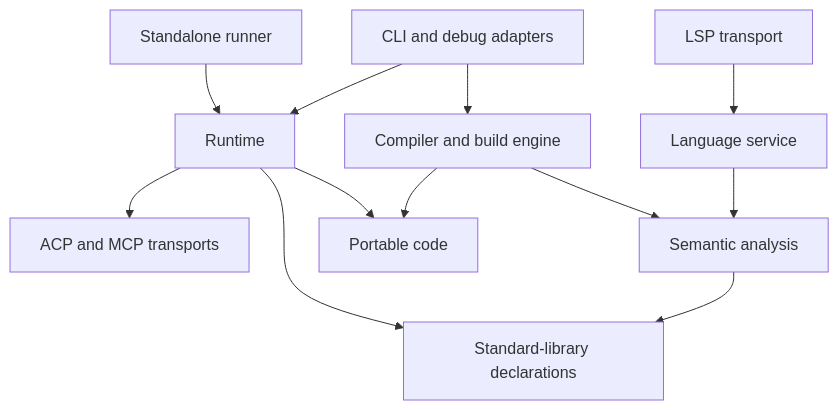
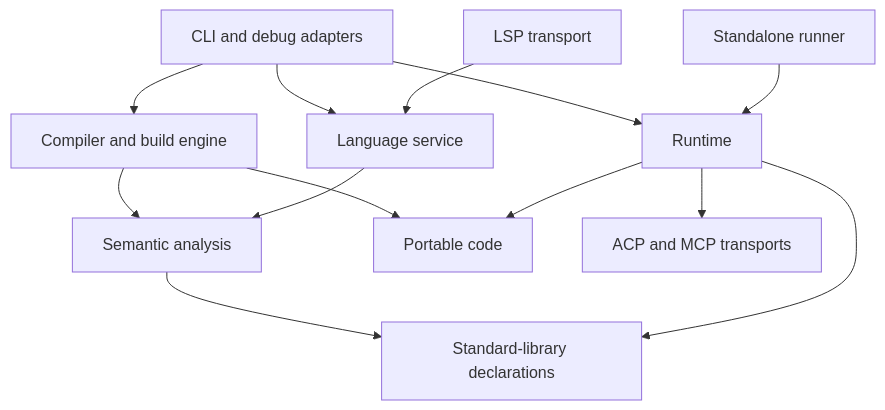
The diagram in docs/rust-architecture.md (tobiasbick/functional-pascal), drawn with Mermaid before and after one commit. The commit also changed other lines of this file and 192 other files, not shown here.

````diff
--- a/docs/rust-architecture.md
+++ b/docs/rust-architecture.md
@@ -7,14 +7,15 @@
 ```mermaid
 flowchart TD
     CLI[CLI and debug adapters] --> Compiler[Compiler and build engine]
     CLI --> Runtime[Runtime]
+    CLI --> Analysis[Language service]
     Runner[Standalone runner] --> Runtime
     LSP[LSP transport] --> Analysis[Language service]
     Compiler --> Sema[Semantic analysis]
     Analysis --> Sema
     Compiler --> Code[Portable code]
     Sema --> Builtins[Standard-library declarations]
     Runtime --> Code
     Runtime --> Builtins
     Runtime --> Protocols[ACP and MCP transports]
 ```
````
